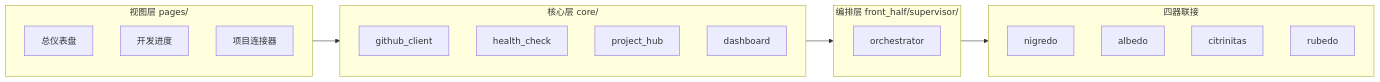
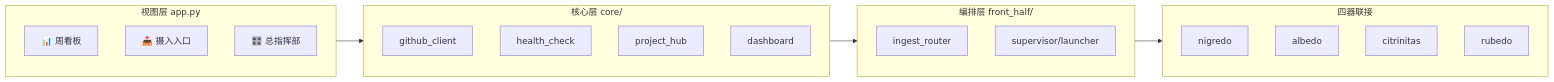
Before and after one commit to shiyao222333-afk/opus-magnum: the second of 2 diagrams in README.md, drawn with Mermaid. The commit also changed other lines of this file and 29 other files, not shown here.

````diff
--- a/README.md
+++ b/README.md
@@ -85,26 +84,27 @@
 ```mermaid
 flowchart LR
-    subgraph View[视图层 pages/]
-      D1[总仪表盘]
-      D2[开发进度]
-      D3[项目连接器]
+    subgraph View[视图层 app.py]
+      T1[📊 周看板]
+      T2[📥 摄入入口]
+      T3[🎛️ 总指挥部]
     end
     subgraph Core[核心层 core/]
       G[github_client]
       H[health_check]
       P[project_hub]
       DB[dashboard]
     end
-    subgraph Orch[编排层 front_half/supervisor/]
-      O[orchestrator]
+    subgraph Orch[编排层 front_half/]
+      IR[ingest_router]
+      LN[supervisor/launcher]
     end
     subgraph Tools[四器联接]
       TN[nigredo] 
       TA[albedo] 
       TC[citrinitas] 
       TR[rubedo]
     end
     View --> Core
     Core --> Orch
     Orch --> Tools
 ```
````
